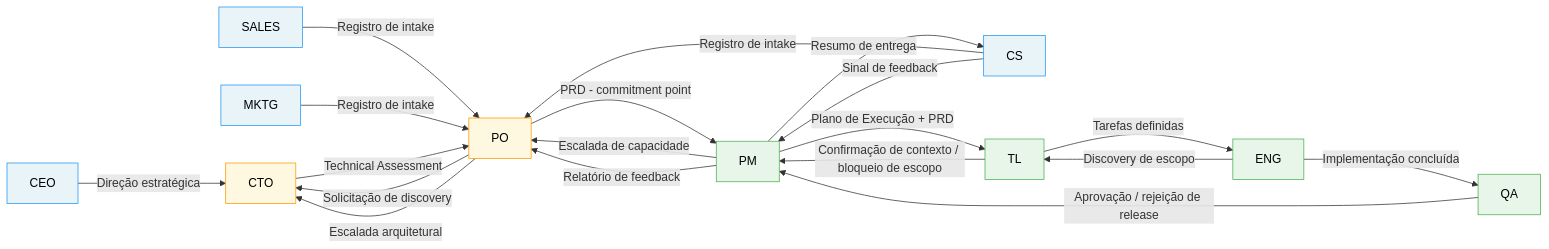
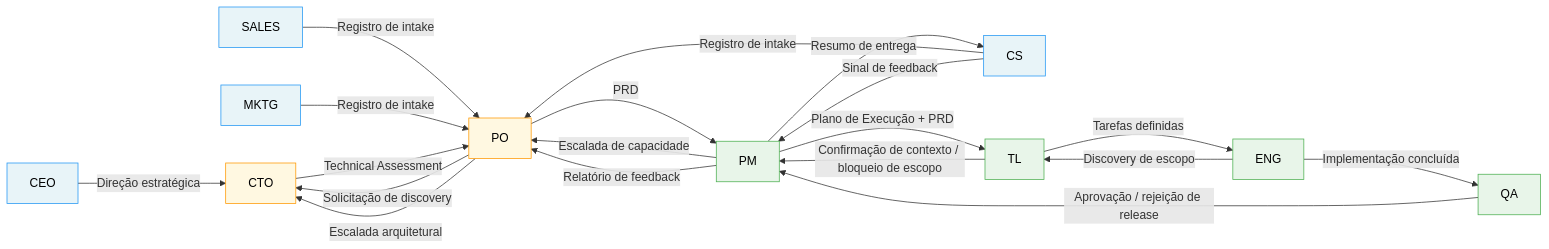
The diagram in interactions/README.md (hugo-hsbtech/teamwork-process), drawn with Mermaid before and after one commit. The commit also changed 9 other files, not shown here.

````diff
--- a/interactions/README.md
+++ b/interactions/README.md
@@ -7,38 +7,38 @@
 ```mermaid
 flowchart LR
     CEO -->|Direção estratégica| CTO
     SALES -->|Registro de intake| PO
     MKTG -->|Registro de intake| PO
     CS -->|Registro de intake| PO
     CS -->|Sinal de feedback| PM
 
     PO -->|Solicitação de discovery| CTO
     PO -->|Escalada arquitetural| CTO
     CTO -->|Technical Assessment| PO
 
-    PO -->|PRD - commitment point| PM
+    PO -->|PRD| PM
     PM -->|Escalada de capacidade| PO
 
     PM -->|Plano de Execução + PRD| TL
     TL -->|Confirmação de contexto / bloqueio de escopo| PM
 
     TL -->|Tarefas definidas| ENG
     ENG -->|Discovery de escopo| TL
 
     ENG -->|Implementação concluída| QA
     QA -->|Aprovação / rejeição de release| PM
 
     PM -->|Resumo de entrega| CS
     PM -->|Relatório de feedback| PO
 
     style CEO fill:#e8f4f8,stroke:#2196F3,color:#000
     style SALES fill:#e8f4f8,stroke:#2196F3,color:#000
     style MKTG fill:#e8f4f8,stroke:#2196F3,color:#000
     style CS fill:#e8f4f8,stroke:#2196F3,color:#000
     style PO fill:#fff8e1,stroke:#FF9800,color:#000
     style CTO fill:#fff8e1,stroke:#FF9800,color:#000
     style PM fill:#e8f5e9,stroke:#4CAF50,color:#000
     style TL fill:#e8f5e9,stroke:#4CAF50,color:#000
     style ENG fill:#e8f5e9,stroke:#4CAF50,color:#000
     style QA fill:#e8f5e9,stroke:#4CAF50,color:#000
 ```
````
